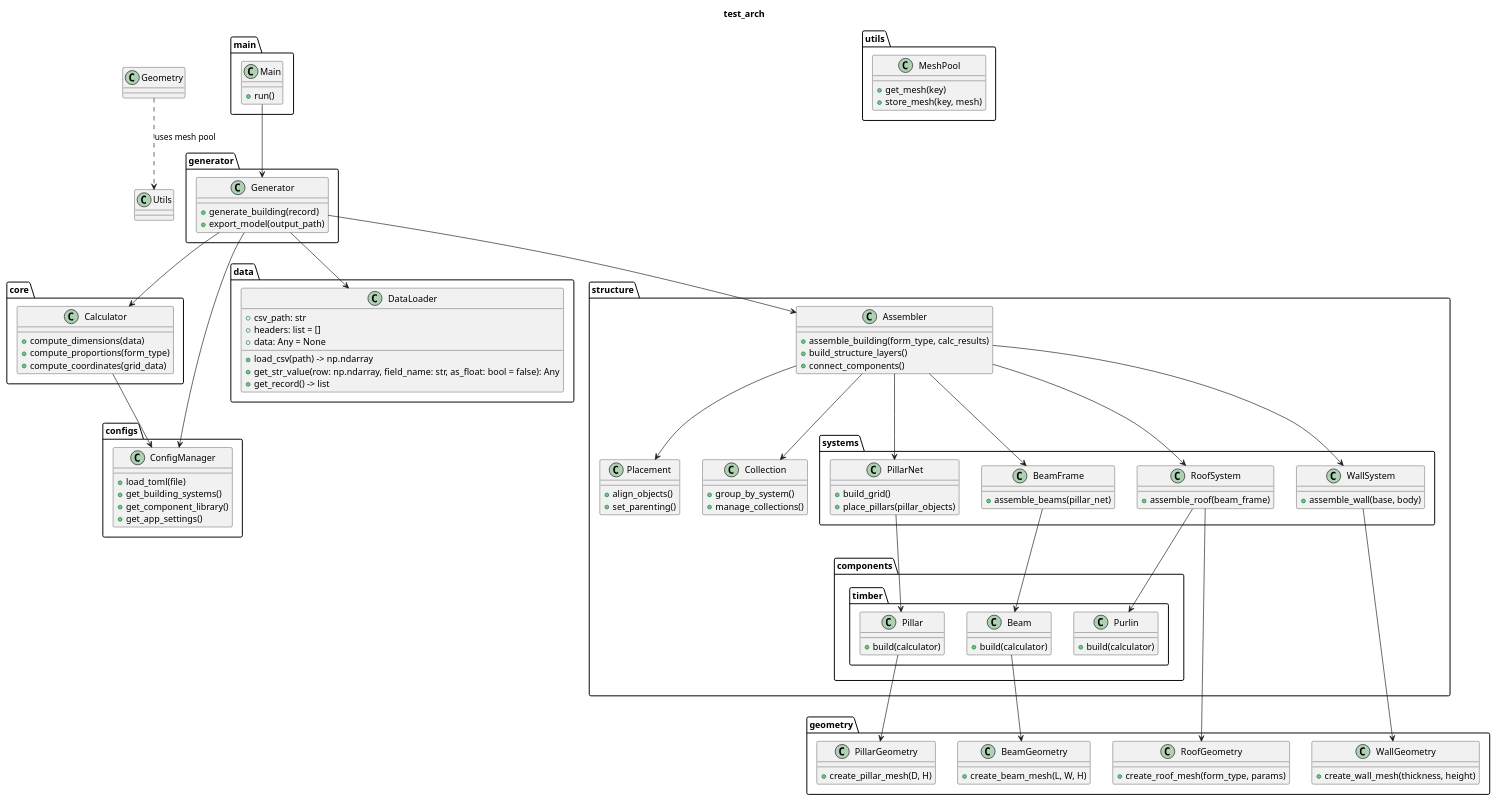
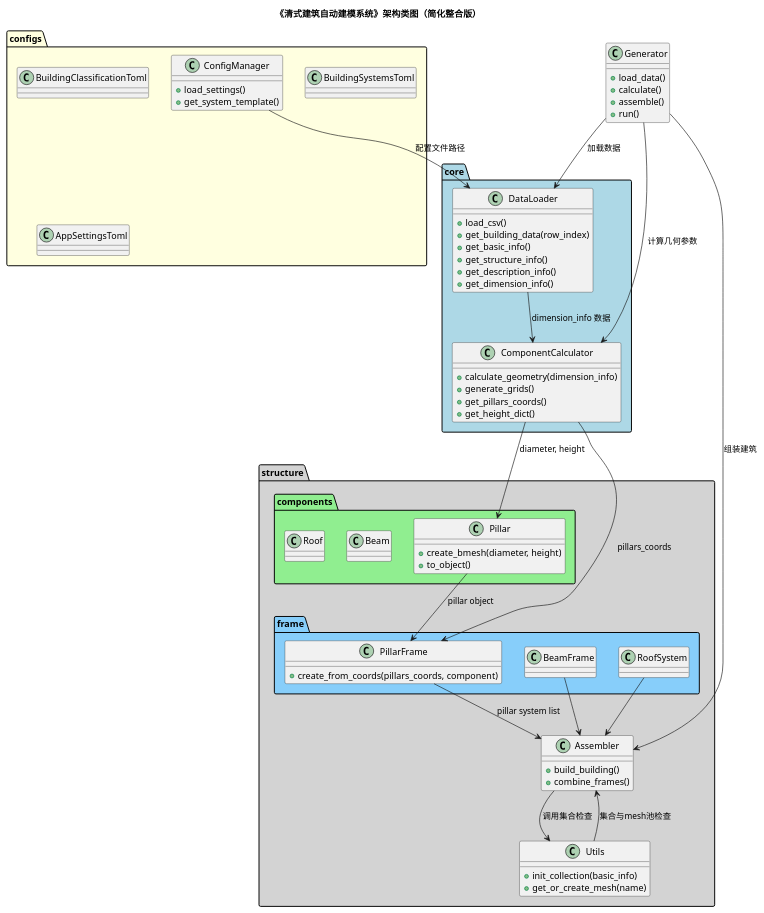
The diagram in docs/structure-3.puml (dongchun97/test_arch), drawn with PlantUML before and after one commit. The commit also changed 14 other files, not shown here.

```diff
--- a/docs/structure-3.puml
+++ b/docs/structure-3.puml
@@ -1,140 +1,105 @@
-@startuml test
-title test_arch
+@startuml
+title 《清式建筑自动建模系统》架构类图（简化整合版）
 
-' ==============================
-' 一级结构：配置 / 数据 / 核心逻辑 / 几何建模 / 构件组装 / 工具 / 主程序
-' ==============================
-package "configs" {
+'======================
+' 配置层
+'======================
+package "configs" #LightYellow {
     class ConfigManager {
-        +load_toml(file)
-        +get_building_systems()
-        +get_component_library()
-        +get_app_settings()
+        +load_settings()
+        +get_system_template()
+    }
+
+    class BuildingClassificationToml
+    class BuildingSystemsToml
+    class AppSettingsToml
+}
+
+'======================
+' 数据核心层
+'======================
+package "core" #LightBlue {
+    class DataLoader {
+        +load_csv()
+        +get_building_data(row_index)
+        +get_basic_info()
+        +get_structure_info()
+        +get_description_info()
+        +get_dimension_info()
+    }
+
+    class ComponentCalculator {
+        +calculate_geometry(dimension_info)
+        +generate_grids()
+        +get_pillars_coords()
+        +get_height_dict()
     }
 }
 
-package "data" {
-    class DataLoader {
-        + csv_path: str
-        + headers: list = []
-        + data: Any = None
+ConfigManager --> DataLoader : "配置文件路径"
+DataLoader --> ComponentCalculator : "dimension_info 数据"
 
-        + load_csv(path) -> np.ndarray
-        + get_str_value(row: np.ndarray, field_name: str, as_float: bool = false): Any
-        + get_record() -> list
+'======================
+' 几何建模层
+'======================
+package "structure.components" #LightGreen {
+    class Pillar {
+        +create_bmesh(diameter, height)
+        +to_object()
+    }
+    class Beam
+    class Roof
+}
+
+ComponentCalculator --> Pillar : "diameter, height"
+
+'======================
+' 系统组合层（Frame）
+'======================
+package "structure.frame" #LightSkyBlue {
+    class PillarFrame {
+        +create_from_coords(pillars_coords, component)
+    }
+    class BeamFrame
+    class RoofSystem
+}
+
+Pillar --> PillarFrame : "pillar object"
+ComponentCalculator --> PillarFrame : "pillars_coords"
+
+'======================
+' 装配层
+'======================
+package "structure" #LightGray {
+    class Assembler {
+        +build_building()
+        +combine_frames()
+    }
+
+    class Utils {
+        +init_collection(basic_info)
+        +get_or_create_mesh(name)
     }
 }
 
-package "core" {
-    class Calculator {
-        + compute_dimensions(data)
-        + compute_proportions(form_type)
-        + compute_coordinates(grid_data)
-    }
+PillarFrame --> Assembler : "pillar system list"
+BeamFrame --> Assembler
+RoofSystem --> Assembler
+Utils --> Assembler : "集合与mesh池检查"
+
+'======================
+' 主生成控制层
+'======================
+class Generator {
+    +load_data()
+    +calculate()
+    +assemble()
+    +run()
 }
 
-package "geometry" {
-    class PillarGeometry {
-        + create_pillar_mesh(D, H)
-    }
-    class BeamGeometry {
-        + create_beam_mesh(L, W, H)
-    }
-    class RoofGeometry {
-        + create_roof_mesh(form_type, params)
-    }
-    class WallGeometry {
-        + create_wall_mesh(thickness, height)
-    }
-}
+Generator --> DataLoader : "加载数据"
+Generator --> ComponentCalculator : "计算几何参数"
+Generator --> Assembler : "组装建筑"
+Assembler --> Utils : "调用集合检查"
 
-package "structure.components.timber" {
-    class Pillar {
-        + build(calculator)
-    }
-    class Beam {
-        + build(calculator)
-    }
-    class Purlin {
-        + build(calculator)
-    }
-}
-
-package "structure.systems" {
-    class PillarNet {
-        + build_grid()
-        + place_pillars(pillar_objects)
-    }
-    class BeamFrame {
-        + assemble_beams(pillar_net)
-    }
-    class RoofSystem {
-        + assemble_roof(beam_frame)
-    }
-    class WallSystem {
-        + assemble_wall(base, body)
-    }
-}
-
-package "structure" {
-    class Assembler {
-        + assemble_building(form_type, calc_results)
-        + build_structure_layers()
-        + connect_components()
-    }
-
-    class Placement {
-        + align_objects()
-        + set_parenting()
-    }
-
-    class Collection {
-        + group_by_system()
-        + manage_collections()
-    }
-}
-
-package "utils" {
-    class MeshPool {
-        + get_mesh(key)
-        + store_mesh(key, mesh)
-    }
-}
-
-package "generator" {
-    class Generator {
-        + generate_building(record)
-        + export_model(output_path)
-    }
-}
-
-package "main" {
-    class Main {
-        + run()
-    }
-}
-
-' ==============================
-' 模块间依赖关系
-' ==============================
-Main --> Generator
-Generator --> DataLoader
-Generator --> ConfigManager
-Generator --> Calculator
-Generator --> Assembler
-Assembler --> PillarNet
-Assembler --> BeamFrame
-Assembler --> RoofSystem
-Assembler --> WallSystem
-Assembler --> Placement
-Assembler --> Collection
-PillarNet --> Pillar
-BeamFrame --> Beam
-RoofSystem --> Purlin
-WallSystem --> WallGeometry
-Pillar --> PillarGeometry
-Beam --> BeamGeometry
-RoofSystem --> RoofGeometry
-Calculator --> ConfigManager
-Geometry ..> Utils : uses mesh pool
 @enduml
```
